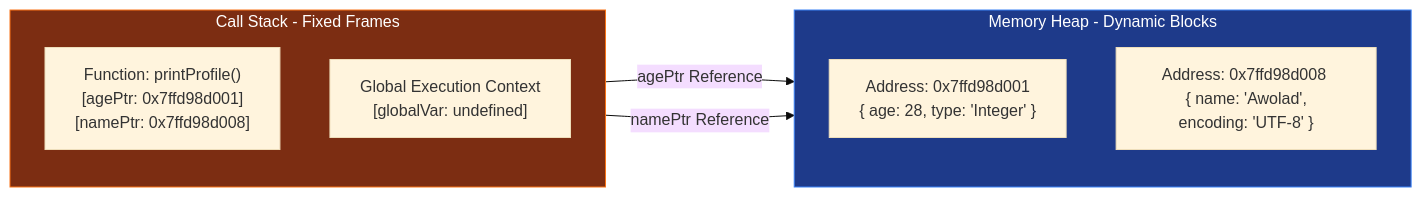
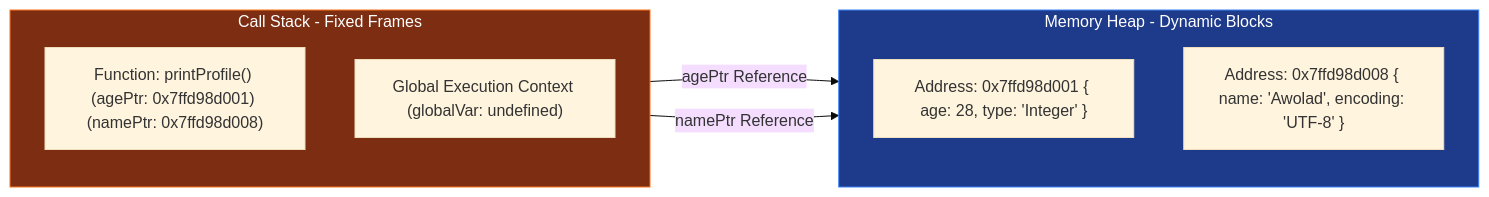
The fourth of 7 diagrams in content/javascript.md (awoladhossain/awolad-docs), drawn with Mermaid (base theme) before and after one commit. The commit also changed other lines of this file, not shown here.

Commit message:
fix: resolve all Mermaid rendering syntax errors across JavaScript handbook

````diff
--- a/content/javascript.md
+++ b/content/javascript.md
@@ -263,20 +263,20 @@
 ```mermaid
 flowchart LR
-    subgraph CallStackRegion [Call Stack - Fixed Frames]
+    subgraph CallStackRegion ["Call Stack - Fixed Frames"]
         direction TB
-        StackFrame1["Function: printProfile() <br> [agePtr: 0x7ffd98d001] <br> [namePtr: 0x7ffd98d008]"]
-        StackFrame2["Global Execution Context <br> [globalVar: undefined]"]
+        StackFrame1["Function: printProfile() (agePtr: 0x7ffd98d001) (namePtr: 0x7ffd98d008)"]
+        StackFrame2["Global Execution Context (globalVar: undefined)"]
     end
 
-    subgraph MemoryHeapRegion [Memory Heap - Dynamic Blocks]
+    subgraph MemoryHeapRegion ["Memory Heap - Dynamic Blocks"]
         direction TB
-        Obj1["Address: 0x7ffd98d001 <br> { age: 28, type: 'Integer' }"]
-        Obj2["Address: 0x7ffd98d008 <br> { name: 'Awolad', encoding: 'UTF-8' }"]
+        Obj1["Address: 0x7ffd98d001 { age: 28, type: 'Integer' }"]
+        Obj2["Address: 0x7ffd98d008 { name: 'Awolad', encoding: 'UTF-8' }"]
     end
 
     StackFrame1 -->|agePtr Reference| Obj1
     StackFrame1 -->|namePtr Reference| Obj2
 
     style CallStackRegion fill:#7c2d12,stroke:#f97316,color:#fff
     style MemoryHeapRegion fill:#1e3a8a,stroke:#3b82f6,color:#fff
 ```
````
